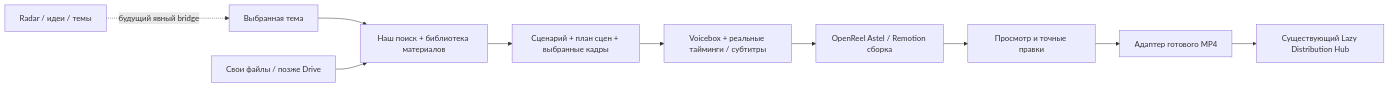
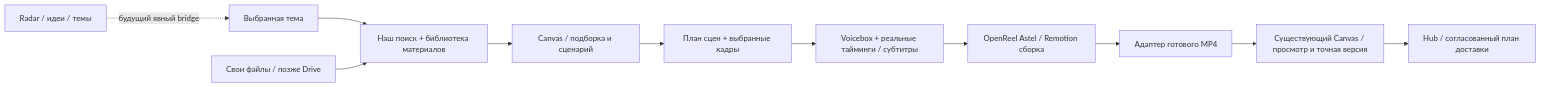
The diagram in docs/openreel/PROJECT_AUDIT_AND_ROADMAP_2026-10-28.md (asteloleh-gif/video-editor), drawn with Mermaid before and after one commit. The commit also changed other lines of this file and 1 other file, not shown here.

Commit message:
Plan existing Canvas review integration from the source-library stage

````diff
--- a/docs/openreel/PROJECT_AUDIT_AND_ROADMAP_2026-10-28.md
+++ b/docs/openreel/PROJECT_AUDIT_AND_ROADMAP_2026-10-28.md
@@ -64,12 +66,13 @@
 ```mermaid
 flowchart LR
   Radar["Radar / идеи / темы"] -. "будущий явный bridge" .-> Topic["Выбранная тема"]
   Topic --> Sources["Наш поиск + библиотека материалов"]
   Local["Свои файлы / позже Drive"] --> Sources
-  Sources --> Story["Сценарий + план сцен + выбранные кадры"]
+  Sources --> SourceReview["Canvas / подборка и сценарий"]
+  SourceReview --> Story["План сцен + выбранные кадры"]
   Story --> Voice["Voicebox + реальные тайминги / субтитры"]
   Voice --> Render["OpenReel Astel / Remotion сборка"]
-  Render --> Review["Просмотр и точные правки"]
-  Review --> Delivery["Адаптер готового MP4"]
-  Delivery --> Hub["Существующий Lazy Distribution Hub"]
+  Render --> Delivery["Адаптер готового MP4"]
+  Delivery --> Review["Существующий Canvas / просмотр и точная версия"]
+  Review --> Hub["Hub / согласованный план доставки"]
 ```
````
